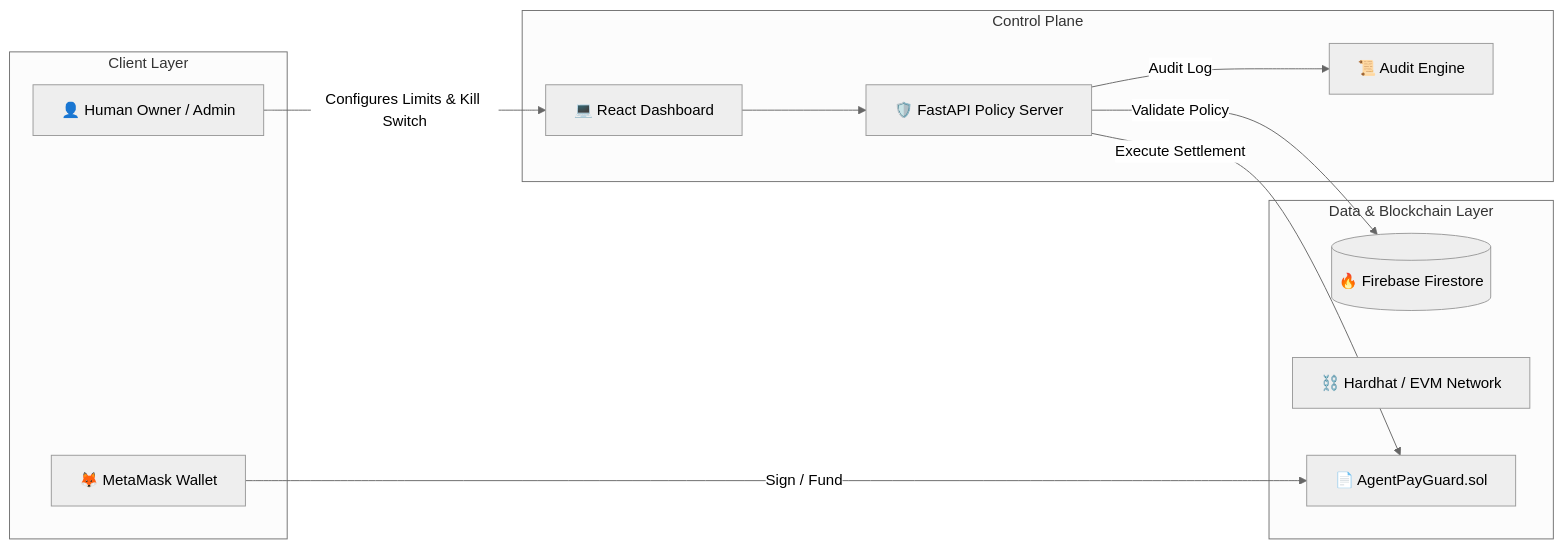
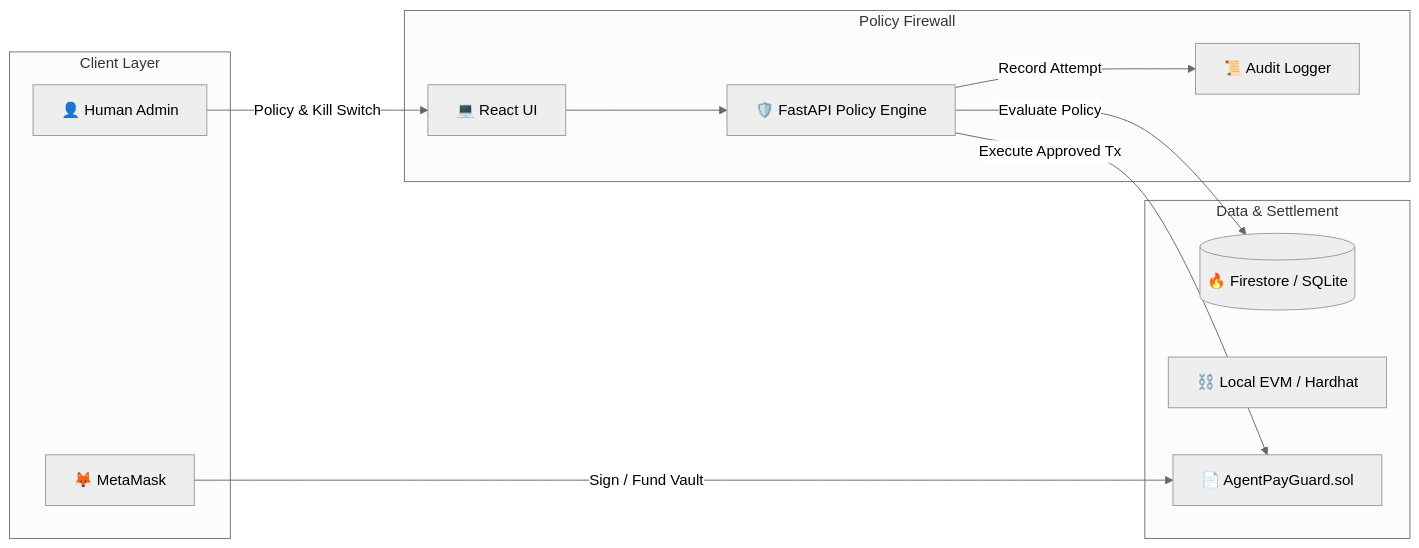
One commit to KalpeshM13/AgentPay-Guard changed the diagram in README.md. Above: the diagram before and after it, drawn with Mermaid (neutral theme). The commit also changed other lines of this file and 4 other files, not shown here.

````diff
--- a/README.md
+++ b/README.md
@@ -38,26 +36,25 @@
 ```mermaid
 flowchart LR
     subgraph Client Layer
-        Owner[👤 Human Owner / Admin]
-        MetaMask[🦊 MetaMask Wallet]
+        Owner[👤 Human Admin]
+        MetaMask[🦊 MetaMask]
     end
 
-    subgraph Control Plane
-        Dashboard[💻 React Dashboard]
-        PolicyServer[🛡️ FastAPI Policy Server]
-        AuditLog[📜 Audit Engine]
+    subgraph Policy Firewall
+        Dashboard[💻 React UI]
+        Server[🛡️ FastAPI Policy Engine]
+        Audit[📜 Audit Logger]
     end
 
-    subgraph Data & Blockchain Layer
-        Firestore[(🔥 Firebase Firestore)]
-        Hardhat[⛓️ Hardhat / EVM Network]
-        SmartContract[📄 AgentPayGuard.sol]
+    subgraph Data & Settlement
+        DB[(🔥 Firestore / SQLite)]
+        Chain[⛓️ Local EVM / Hardhat]
+        Contract[📄 AgentPayGuard.sol]
     end
 
-    Owner -->|Configures Limits & Kill Switch| Dashboard
-    Dashboard --> PolicyServer
-    MetaMask -->|Sign / Fund| SmartContract
-    PolicyServer -->|Validate Policy| Firestore
-    PolicyServer -->|Audit Log| AuditLog
-    PolicyServer -->|Execute Settlement| SmartContract
+    Owner -->|Policy & Kill Switch| Dashboard --> Server
+    MetaMask -->|Sign / Fund Vault| Contract
+    Server -->|Evaluate Policy| DB
+    Server -->|Record Attempt| Audit
+    Server -->|Execute Approved Tx| Contract
 ```
````
